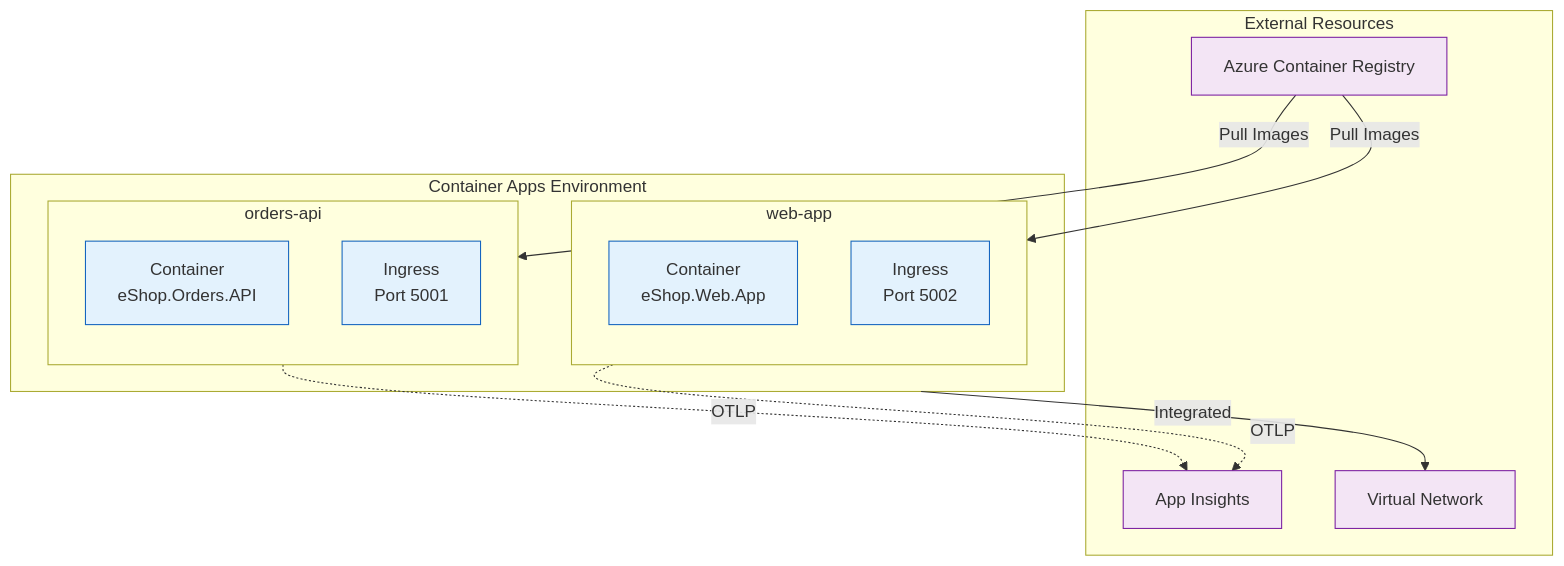
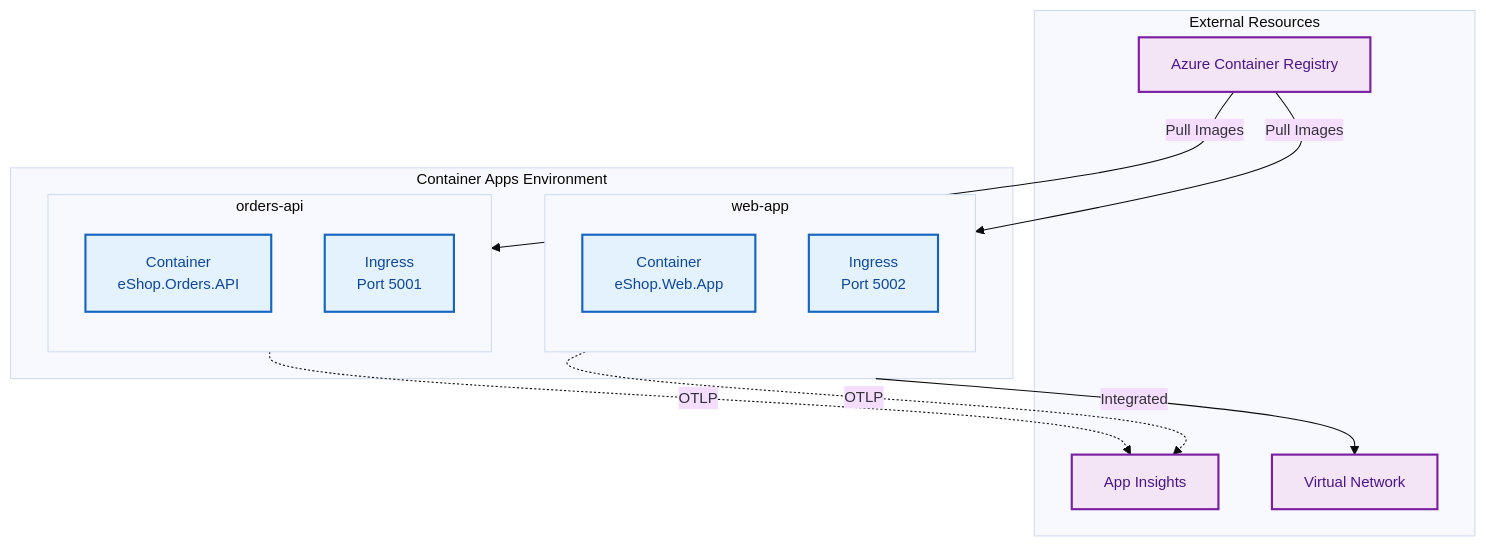
Before and after one commit to Evilazaro/Azure-LogicApps-Monitoring: the third of 4 diagrams in docs/architecture/04-technology-architecture.md, drawn with Mermaid. The commit also changed other lines of this file, not shown here.

Commit message:
Enhance technology architecture documentation with improved Mermaid diagram styles and accessibility features

````diff
--- a/docs/architecture/04-technology-architecture.md
+++ b/docs/architecture/04-technology-architecture.md
@@ -342,34 +345,36 @@
 ```mermaid
+%%{init: {'theme': 'base', 'themeVariables': { 'fontSize': '14px'}}}%%
 flowchart TB
     subgraph CAE["Container Apps Environment"]
         subgraph API["orders-api"]
             direction TB
             API_Container["Container<br/>eShop.Orders.API"]
             API_Ingress["Ingress<br/>Port 5001"]
         end
         
         subgraph Web["web-app"]
             direction TB
             Web_Container["Container<br/>eShop.Web.App"]
             Web_Ingress["Ingress<br/>Port 5002"]
         end
     end
 
     subgraph External["External Resources"]
         ACR["Azure Container Registry"]
         AI["App Insights"]
         VNet["Virtual Network"]
     end
 
     ACR -->|"Pull Images"| API_Container
     ACR -->|"Pull Images"| Web_Container
     API_Container -.->|"OTLP"| AI
     Web_Container -.->|"OTLP"| AI
     CAE -->|"Integrated"| VNet
 
-    classDef container fill:#e3f2fd,stroke:#1565c0
-    classDef external fill:#f3e5f5,stroke:#7b1fa2
+    %% Accessible color palette
+    classDef container fill:#e3f2fd,stroke:#1565c0,stroke-width:2px,color:#0d47a1
+    classDef external fill:#f3e5f5,stroke:#7b1fa2,stroke-width:2px,color:#4a148c
 
     class API_Container,API_Ingress,Web_Container,Web_Ingress container
     class ACR,AI,VNet external
 ```
````
